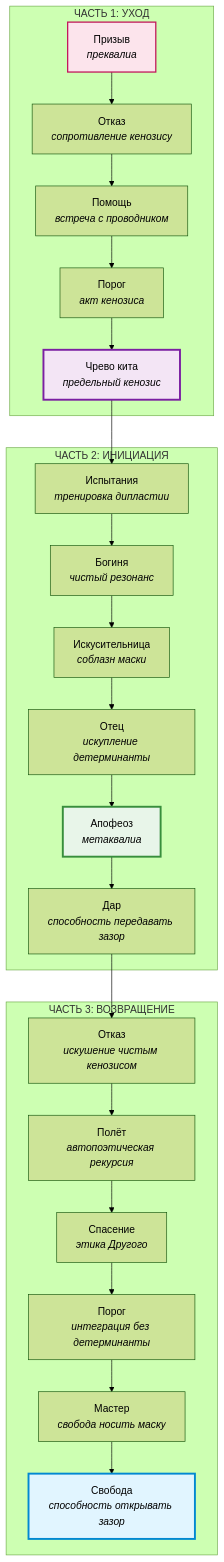
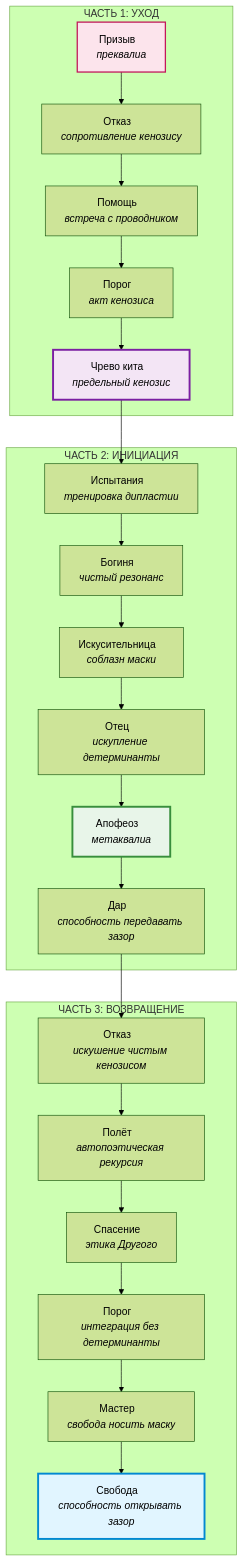
The diagram in book/32-part4-04-monomyth.md (dididew74-a11y/Zazor-book), drawn with Mermaid (forest theme) before and after one commit.

````diff
--- a/book/32-part4-04-monomyth.md
+++ b/book/32-part4-04-monomyth.md
@@ -7,37 +7,38 @@
 ```mermaid
+%%{init: { 'flowchart': { 'nodeSpacing': 80, 'rankSpacing': 50, 'padding': 15 } } }%%
 graph TB
     subgraph "ЧАСТЬ 1: УХОД"
-        A1[Призыв<br/><i>преквалиа</i>]
-        A2[Отказ<br/><i>сопротивление кенозису</i>]
-        A3[Помощь<br/><i>встреча с проводником</i>]
-        A4[Порог<br/><i>акт кенозиса</i>]
-        A5[Чрево кита<br/><i>предельный кенозис</i>]
+        A1[Призыв&nbsp;&nbsp;&nbsp;<br/><i>преквалиа</i>]
+        A2[Отказ&nbsp;&nbsp;&nbsp;<br/><i>сопротивление кенозису</i>]
+        A3[Помощь&nbsp;&nbsp;&nbsp;<br/><i>встреча с проводником</i>]
+        A4[Порог&nbsp;&nbsp;&nbsp;<br/><i>акт кенозиса</i>]
+        A5[Чрево кита&nbsp;&nbsp;&nbsp;<br/><i>предельный кенозис</i>]
     end
     
     subgraph "ЧАСТЬ 2: ИНИЦИАЦИЯ"
-        B1[Испытания<br/><i>тренировка дипластии</i>]
-        B2[Богиня<br/><i>чистый резонанс</i>]
-        B3[Искусительница<br/><i>соблазн маски</i>]
-        B4[Отец<br/><i>искупление детерминанты</i>]
-        B5[Апофеоз<br/><i>метаквалиа</i>]
-        B6[Дар<br/><i>способность передавать зазор</i>]
+        B1[Испытания&nbsp;&nbsp;&nbsp;<br/><i>тренировка дипластии</i>]
+        B2[Богиня&nbsp;&nbsp;&nbsp;<br/><i>чистый резонанс</i>]
+        B3[Искусительница&nbsp;&nbsp;&nbsp;<br/><i>соблазн маски</i>]
+        B4[Отец&nbsp;&nbsp;&nbsp;<br/><i>искупление детерминанты</i>]
+        B5[Апофеоз&nbsp;&nbsp;&nbsp;<br/><i>метаквалиа</i>]
+        B6[Дар&nbsp;&nbsp;&nbsp;<br/><i>способность передавать зазор</i>]
     end
     
     subgraph "ЧАСТЬ 3: ВОЗВРАЩЕНИЕ"
-        C1[Отказ<br/><i>искушение чистым кенозисом</i>]
-        C2[Полёт<br/><i>автопоэтическая рекурсия</i>]
-        C3[Спасение<br/><i>этика Другого</i>]
-        C4[Порог<br/><i>интеграция без детерминанты</i>]
-        C5[Мастер<br/><i>свобода носить маску</i>]
-        C6[Свобода<br/><i>способность открывать зазор</i>]
+        C1[Отказ&nbsp;&nbsp;&nbsp;<br/><i>искушение чистым кенозисом</i>]
+        C2[Полёт&nbsp;&nbsp;&nbsp;<br/><i>автопоэтическая рекурсия</i>]
+        C3[Спасение&nbsp;&nbsp;&nbsp;<br/><i>этика Другого</i>]
+        C4[Порог&nbsp;&nbsp;&nbsp;<br/><i>интеграция без детерминанты</i>]
+        C5[Мастер&nbsp;&nbsp;&nbsp;<br/><i>свобода носить маску</i>]
+        C6[Свобода&nbsp;&nbsp;&nbsp;<br/><i>способность открывать зазор</i>]
     end
     
     A1 --> A2 --> A3 --> A4 --> A5
     A5 --> B1 --> B2 --> B3 --> B4 --> B5 --> B6
     B6 --> C1 --> C2 --> C3 --> C4 --> C5 --> C6
     
     style A1 fill:#fce4ec,stroke:#c2185b,stroke-width:2px
     style A5 fill:#f3e5f5,stroke:#7b1fa2,stroke-width:3px
     style B5 fill:#e8f5e9,stroke:#388e3c,stroke-width:3px
     style C6 fill:#e1f5ff,stroke:#0288d1,stroke-width:3px
 ```
````
